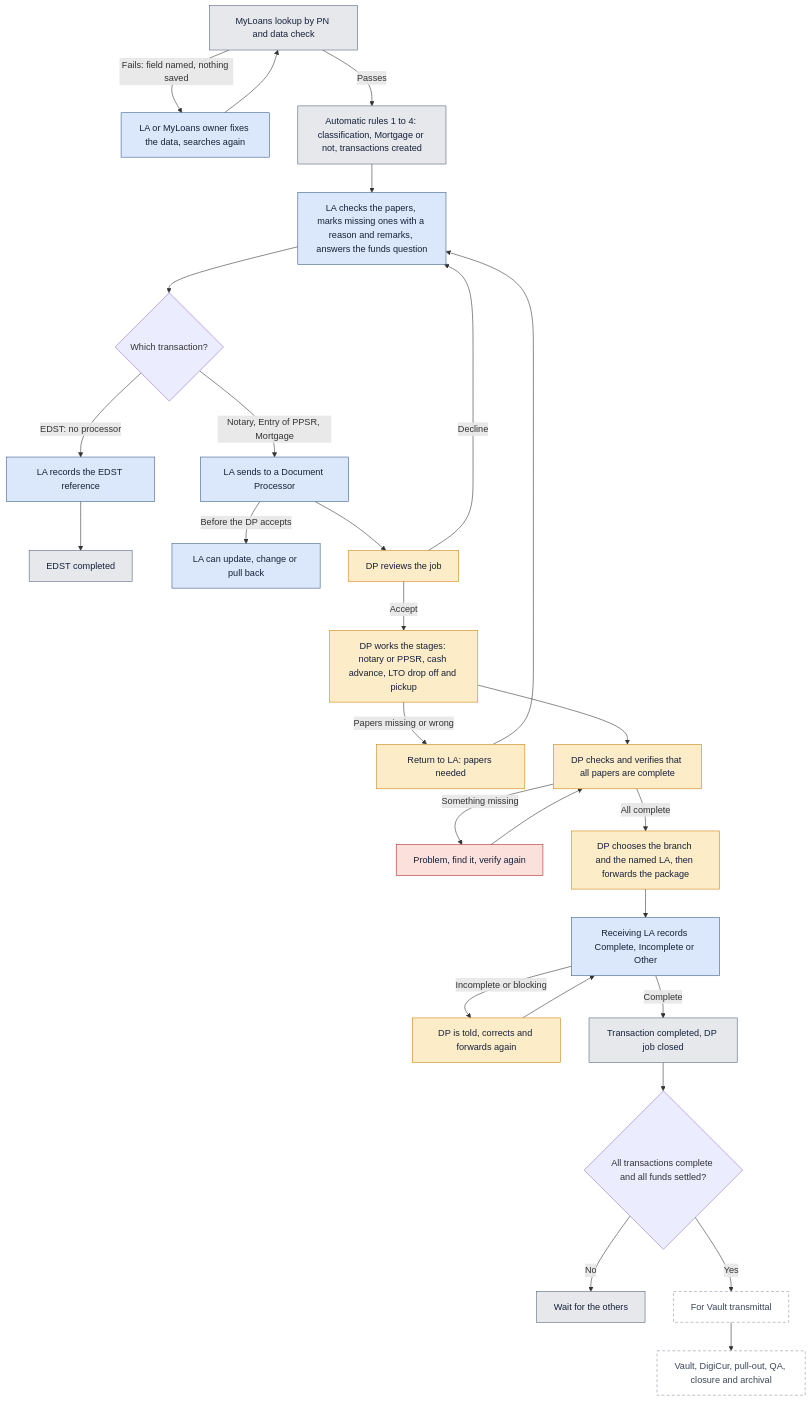
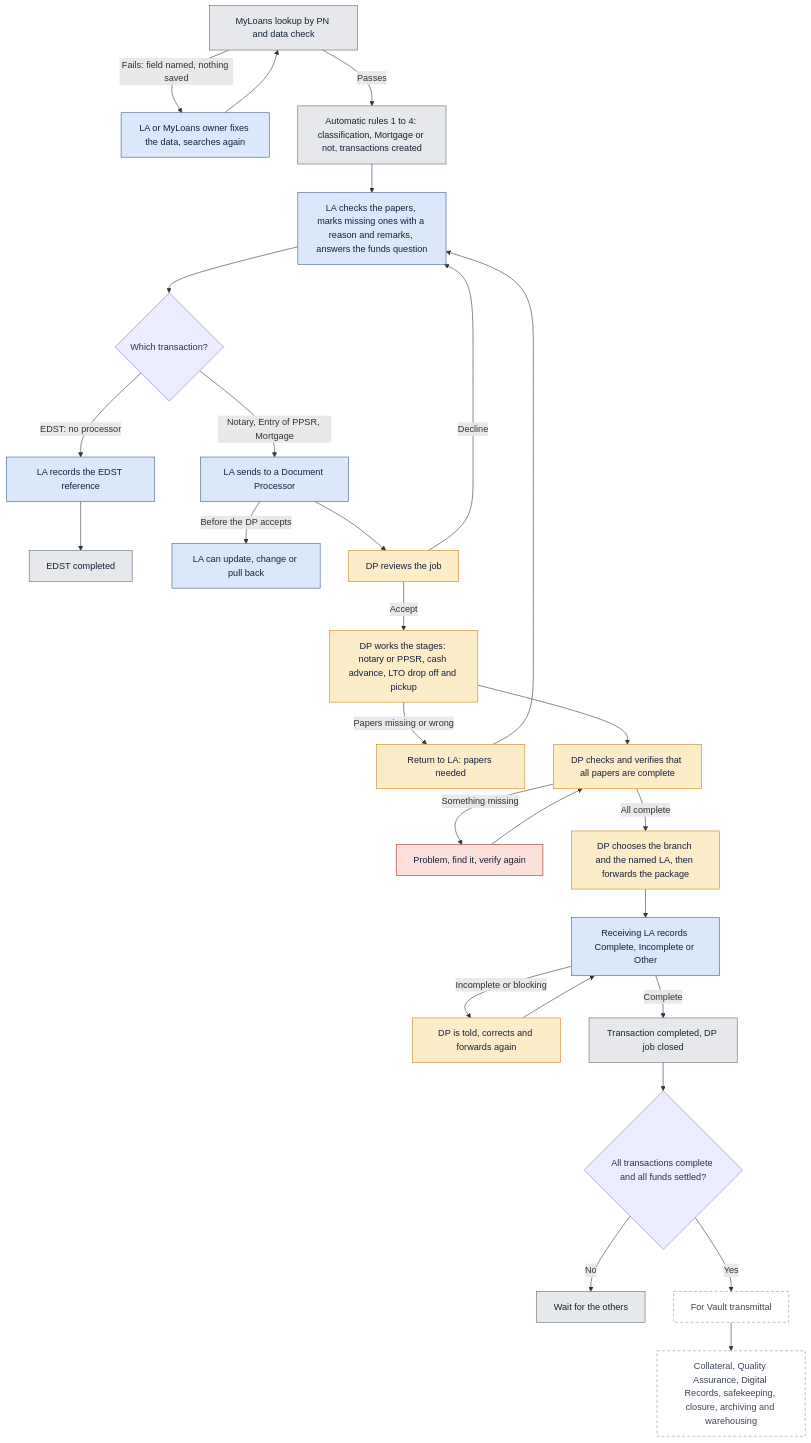
Before and after one commit to MewinDev/gdfi-dms: the diagram in docs/workflow/02-big-picture.md, drawn with Mermaid. The commit also changed other lines of this file and 142 other files, not shown here.

````diff
--- a/docs/workflow/02-big-picture.md
+++ b/docs/workflow/02-big-picture.md
@@ -9,35 +9,35 @@
 ```mermaid
 flowchart TD
   S1["MyLoans lookup by PN and data check"]:::sys
   S1 -->|"Fails: field named, nothing saved"| S1b["LA or MyLoans owner fixes the data, searches again"]:::la
   S1b --> S1
   S1 -->|Passes| S2["Automatic rules 1 to 4: classification, Mortgage or not, transactions created"]:::sys
   S2 --> L1["LA checks the papers, marks missing ones with a reason and remarks, answers the funds question"]:::la
   L1 --> L2{"Which transaction?"}
   L2 -->|"EDST: no processor"| L3["LA records the EDST reference"]:::la
   L3 --> DONE1["EDST completed"]:::sys
   L2 -->|"Notary, Entry of PPSR, Mortgage"| L5["LA sends to a Document Processor"]:::la
   L5 -->|"Before the DP accepts"| L6["LA can update, change or pull back"]:::la
   L5 --> D1["DP reviews the job"]:::dp
   D1 -->|Decline| L1
   D1 -->|Accept| D2["DP works the stages: notary or PPSR, cash advance, LTO drop off and pickup"]:::dp
   D2 -->|"Papers missing or wrong"| D3["Return to LA: papers needed"]:::dp
   D3 --> L1
   D2 --> D5["DP checks and verifies that all papers are complete"]:::dp
   D5 -->|"Something missing"| D6["Problem, find it, verify again"]:::prob
   D6 --> D5
   D5 -->|"All complete"| D4["DP chooses the branch and the named LA, then forwards the package"]:::dp
   D4 --> R1["Receiving LA records Complete, Incomplete or Other"]:::la
   R1 -->|"Incomplete or blocking"| R2["DP is told, corrects and forwards again"]:::dp
   R2 --> R1
   R1 -->|Complete| R3["Transaction completed, DP job closed"]:::sys
   R3 --> G{"All transactions complete and all funds settled?"}
   G -->|No| WAIT["Wait for the others"]:::sys
   G -->|Yes| V1["For Vault transmittal"]:::later
-  V1 --> V2["Vault, DigiCur, pull-out, QA, closure and archival"]:::later
+  V1 --> V2["Collateral, Quality Assurance, Digital Records, safekeeping, closure, archiving and warehousing"]:::later
   classDef la fill:#dbe8fb,stroke:#3b5a8a,color:#14213a
   classDef dp fill:#fdecc8,stroke:#c98512,color:#14213a
   classDef sys fill:#e6e8ec,stroke:#56627a,color:#14213a
   classDef prob fill:#fbe0dc,stroke:#b3261e,color:#14213a
   classDef later fill:#ffffff,stroke:#8b94a5,stroke-dasharray:5 4,color:#3a4658
 ```
````
